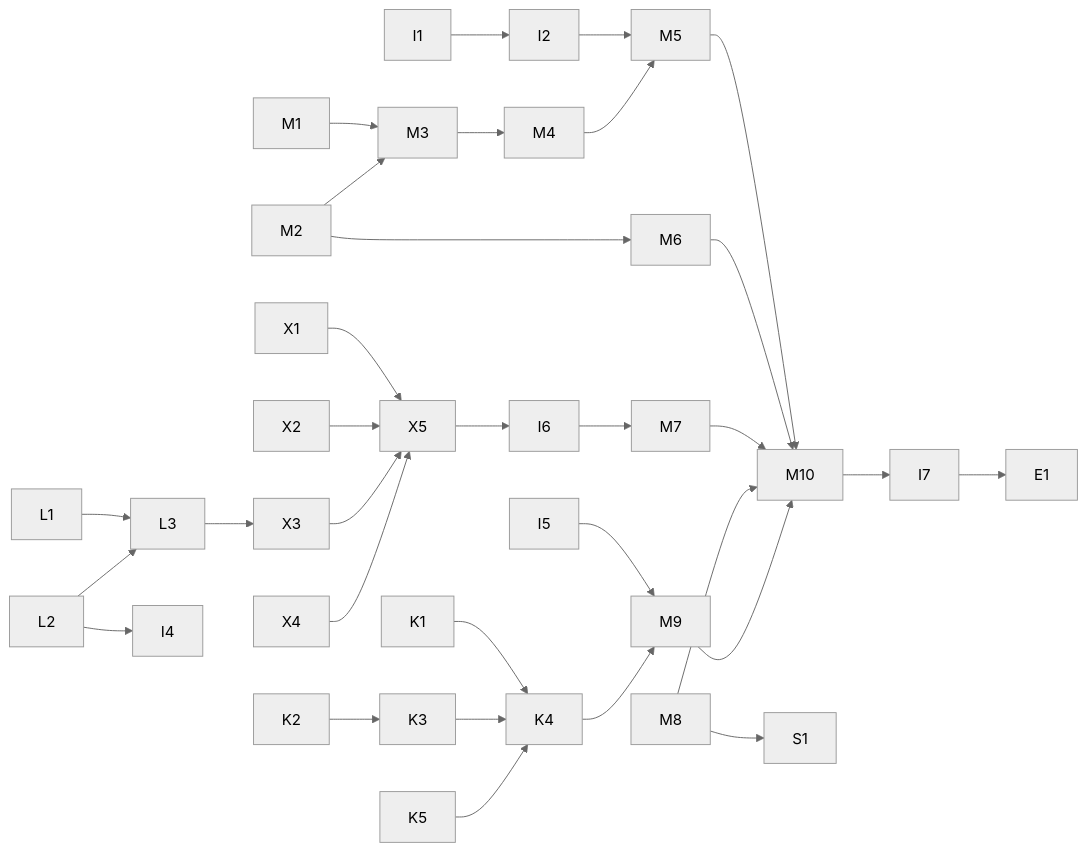
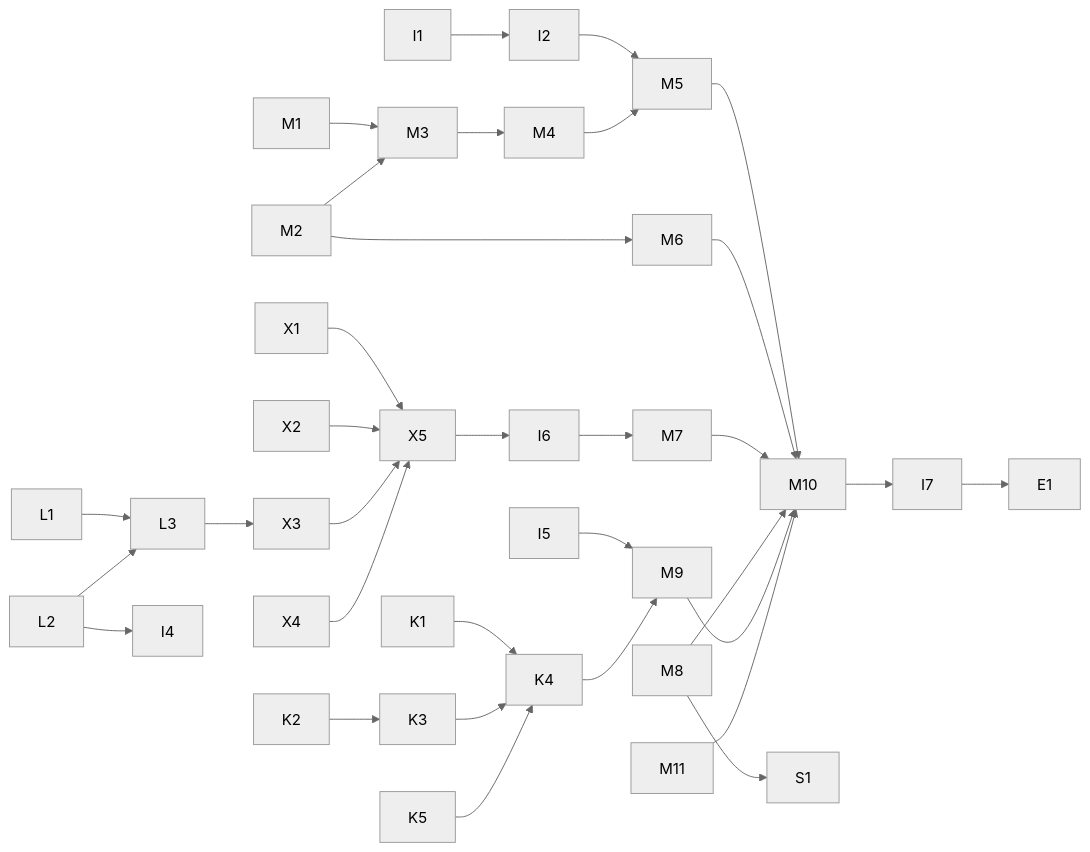
Before and after one commit to mcpp-community/mcpp: the diagram in .agents/docs/2026-11-22-kernel-interface-and-derived-state-ecosystem-design.md, drawn with Mermaid (neutral theme). The commit also changed other lines of this file and 18 other files, not shown here.

````diff
--- a/.agents/docs/2026-11-22-kernel-interface-and-derived-state-ecosystem-design.md
+++ b/.agents/docs/2026-11-22-kernel-interface-and-derived-state-ecosystem-design.md
@@ -562,34 +584,35 @@
 ```mermaid
 graph LR
   L1 --> L3
   L2 --> L3
   L3 --> X3
   L2 --> I4
   X1 --> X5
   X2 --> X5
   X3 --> X5
   X4 --> X5
   X5 --> I6
   I1 --> I2
   I6 --> M7
   I2 --> M5
   M1 --> M3
   M2 --> M3
   M2 --> M6
   M3 --> M4
   M4 --> M5
   K1 --> K4
   K2 --> K3
   K3 --> K4
   K5 --> K4
   I5 --> M9
   K4 --> M9
   M5 --> M10
   M6 --> M10
   M7 --> M10
   M8 --> M10
   M9 --> M10
+  M11 --> M10
   M8 --> S1
   M10 --> I7
   I7 --> E1
 ```
````
